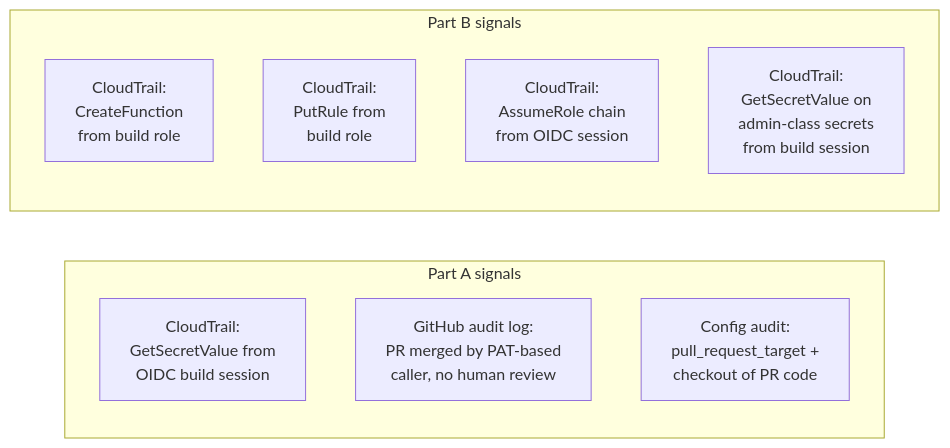
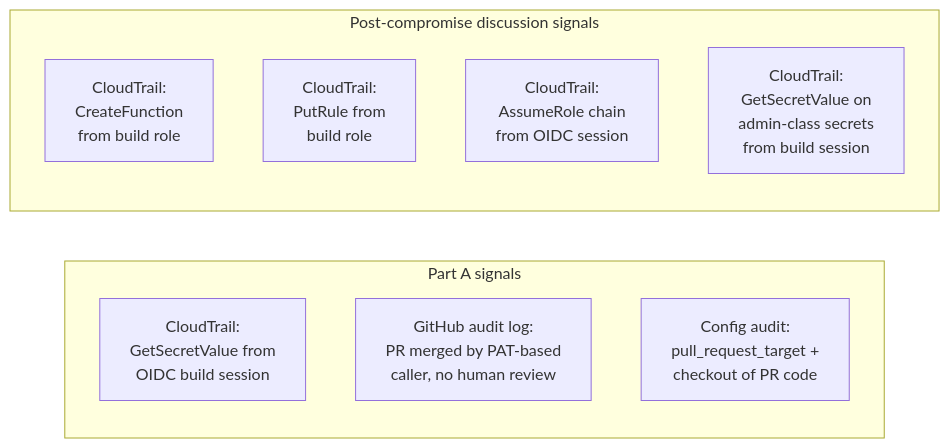
Before and after one commit to x90skysn3k/rtv-cicd-attack-chain: the third of 3 diagrams in handout/architecture.md, drawn with Mermaid. The commit also changed other lines of this file and 36 other files, not shown here.

````diff
--- a/handout/architecture.md
+++ b/handout/architecture.md
@@ -57,14 +57,14 @@
 ```mermaid
 flowchart LR
     subgraph "Part A signals"
       A1["CloudTrail:<br/>GetSecretValue from<br/>OIDC build session"]
       A2["GitHub audit log:<br/>PR merged by PAT-based<br/>caller, no human review"]
       A3["Config audit:<br/>pull_request_target +<br/>checkout of PR code"]
     end
-    subgraph "Part B signals"
+    subgraph "Post-compromise discussion signals"
       B1["CloudTrail:<br/>CreateFunction<br/>from build role"]
       B2["CloudTrail:<br/>PutRule from<br/>build role"]
       B3["CloudTrail:<br/>AssumeRole chain<br/>from OIDC session"]
       B4["CloudTrail:<br/>GetSecretValue on<br/>admin-class secrets<br/>from build session"]
     end
 ```
````
